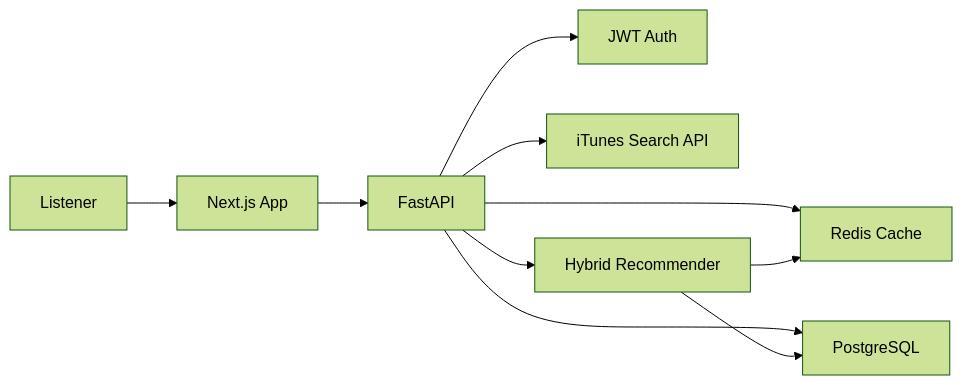
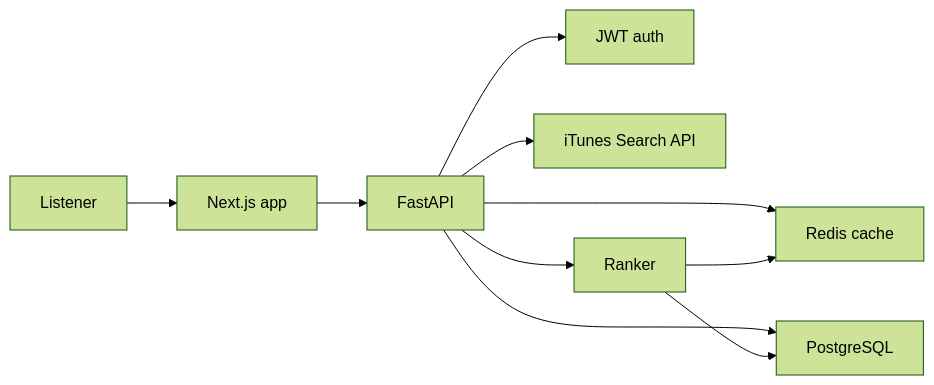
One commit to arjun-nair1090/Resonance changed the diagram in README.md. Above: the diagram before and after it, drawn with Mermaid (forest theme). The commit also changed other lines of this file and 2 other files, not shown here.

````diff
--- a/README.md
+++ b/README.md
@@ -55,12 +21,12 @@
 ```mermaid
 flowchart LR
-    User["Listener"] --> Web["Next.js App"]
+    User["Listener"] --> Web["Next.js app"]
     Web --> API["FastAPI"]
-    API --> Auth["JWT Auth"]
-    API --> Redis["Redis Cache"]
+    API --> Auth["JWT auth"]
+    API --> Redis["Redis cache"]
     API --> DB["PostgreSQL"]
     API --> ITunes["iTunes Search API"]
-    API --> Rec["Hybrid Recommender"]
+    API --> Rec["Ranker"]
     Rec --> DB
     Rec --> Redis
 ```
````
